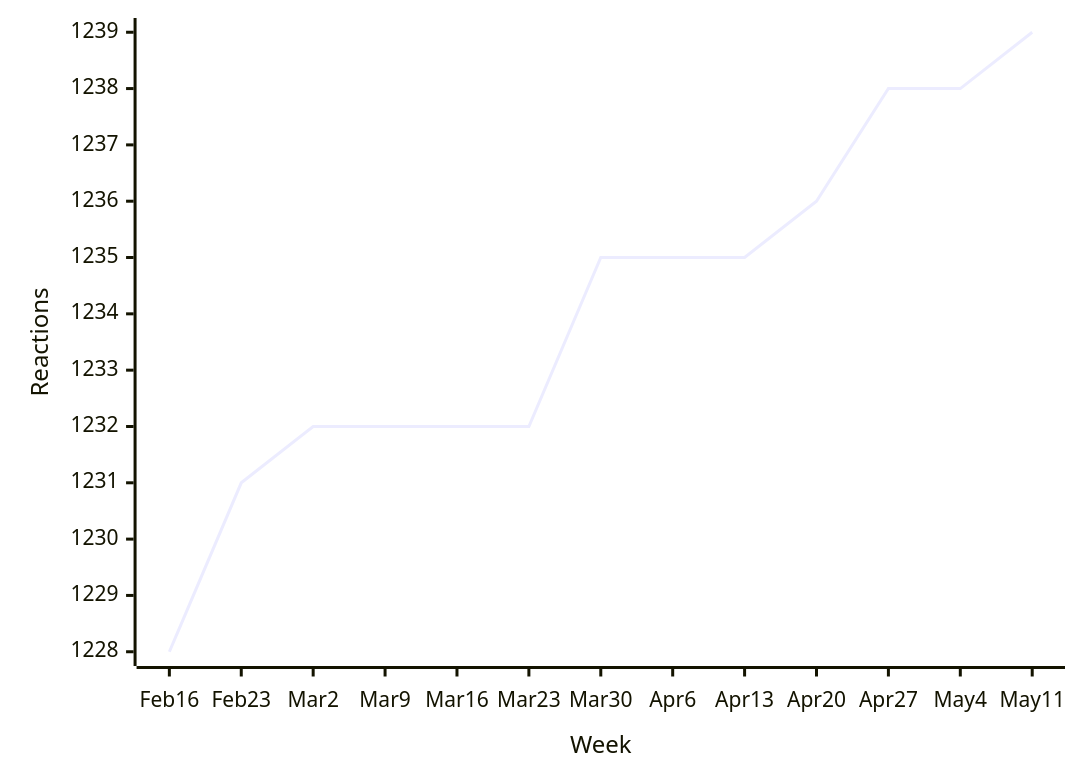
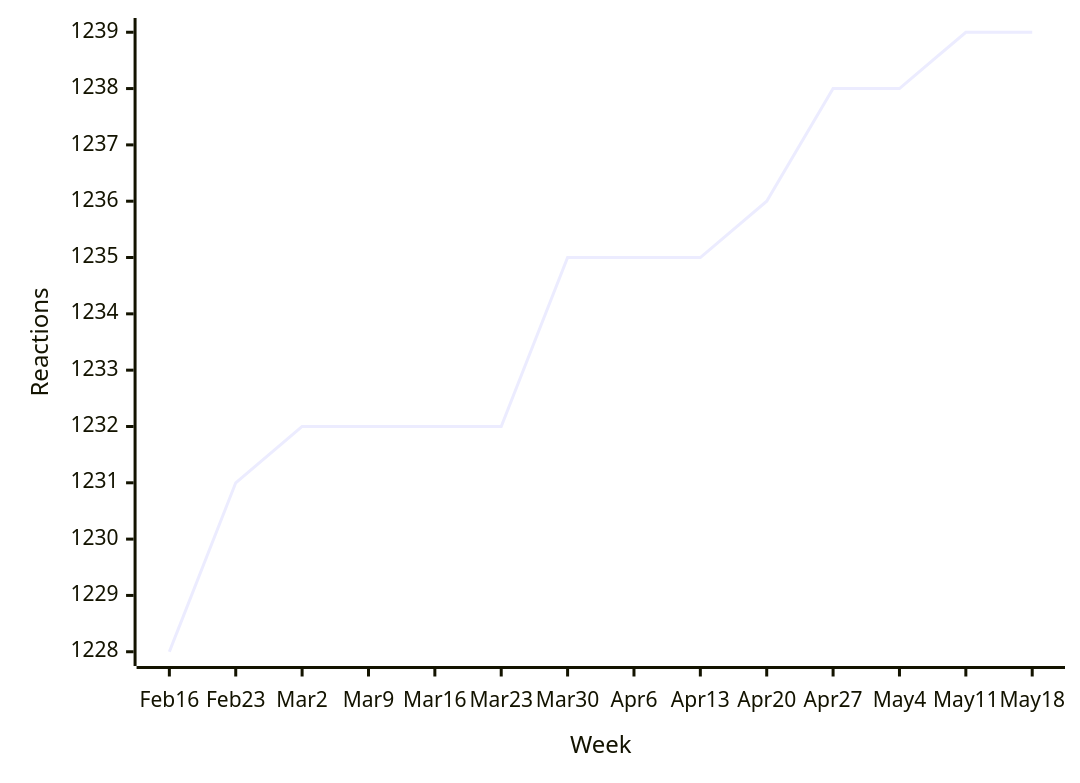
One commit to loic-sharma/github-insights changed diagram 15 of 49 in README.md. Above: the diagram before and after it, drawn with Mermaid. The commit also changed other lines of this file and 3 other files, not shown here.

````diff
--- a/README.md
+++ b/README.md
@@ -594,6 +577,6 @@
   ```mermaid
   xychart-beta
-    x-axis "Week" [Feb 16, Feb 23, Mar 2, Mar 9, Mar 16, Mar 23, Mar 30, Apr 6, Apr 13, Apr 20, Apr 27, May 4, May 11]
+    x-axis "Week" [Feb 16, Feb 23, Mar 2, Mar 9, Mar 16, Mar 23, Mar 30, Apr 6, Apr 13, Apr 20, Apr 27, May 4, May 11, May 18]
     y-axis "Reactions"
-    line [1228, 1231, 1232, 1232, 1232, 1232, 1235, 1235, 1235, 1236, 1238, 1238, 1239]
+    line [1228, 1231, 1232, 1232, 1232, 1232, 1235, 1235, 1235, 1236, 1238, 1238, 1239, 1239]
   ```
````
